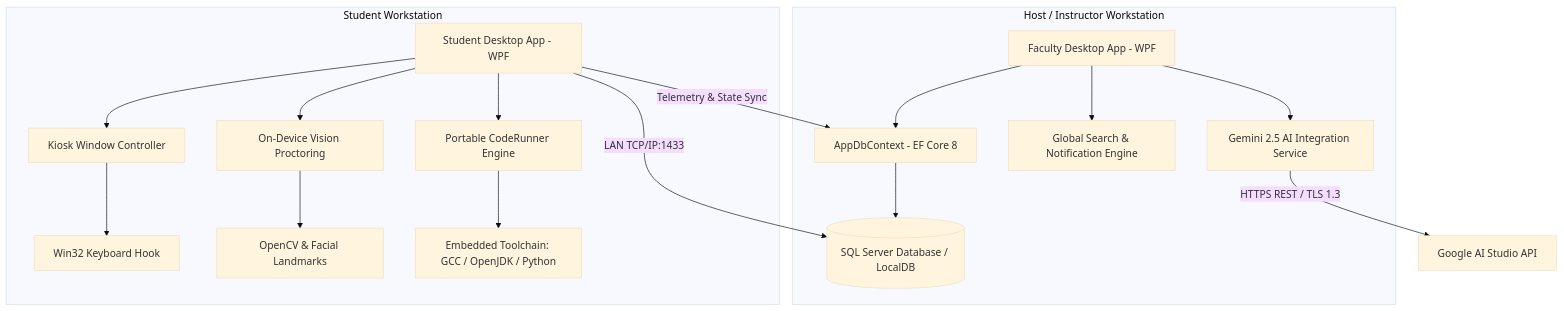
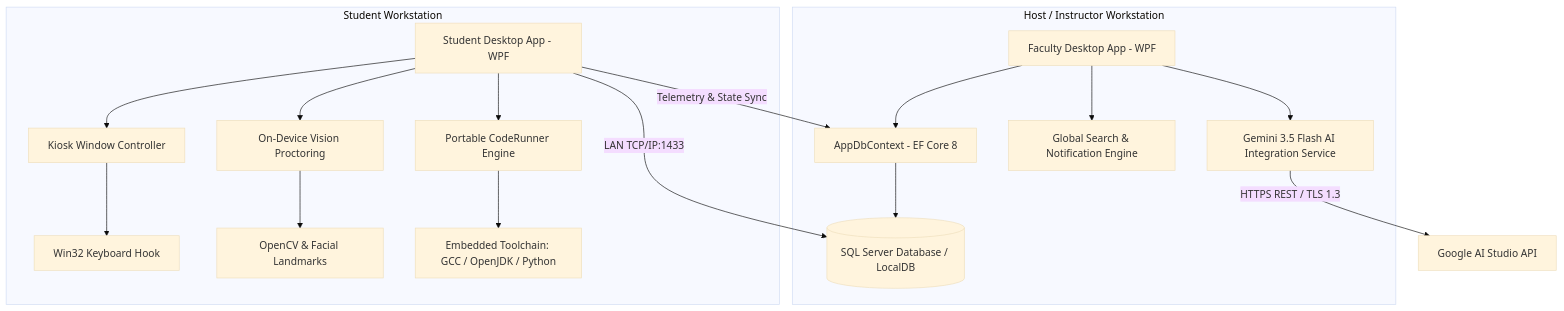
One commit to alexius-seth/Thesis---AI-CAMS changed the diagram in README.md. Above: the diagram before and after it, drawn with Mermaid (base theme). The commit also changed other lines of this file, not shown here.

Commit message:
docs: update AI model to Gemini 3.5 Flash in README

````diff
--- a/README.md
+++ b/README.md
@@ -92,22 +92,22 @@
 ```mermaid
 graph TD
     subgraph Host / Instructor Workstation
         A[Faculty Desktop App - WPF] --> B[AppDbContext - EF Core 8]
         A --> C[Global Search & Notification Engine]
-        A --> D[Gemini 2.5 AI Integration Service]
+        A --> D[Gemini 3.5 Flash AI Integration Service]
         B --> E[(SQL Server Database / LocalDB)]
     end
 
     subgraph Student Workstation
         F[Student Desktop App - WPF] --> G[Kiosk Window Controller]
         F --> H[On-Device Vision Proctoring]
         F --> I[Portable CodeRunner Engine]
         G --> J[Win32 Keyboard Hook]
         H --> K[OpenCV & Facial Landmarks]
         I --> L[Embedded Toolchain: GCC / OpenJDK / Python]
     end
 
     F -- LAN TCP/IP:1433 --> E
     F -- Telemetry & State Sync --> B
     D -- HTTPS REST / TLS 1.3 --> M[Google AI Studio API]
 ```
````
